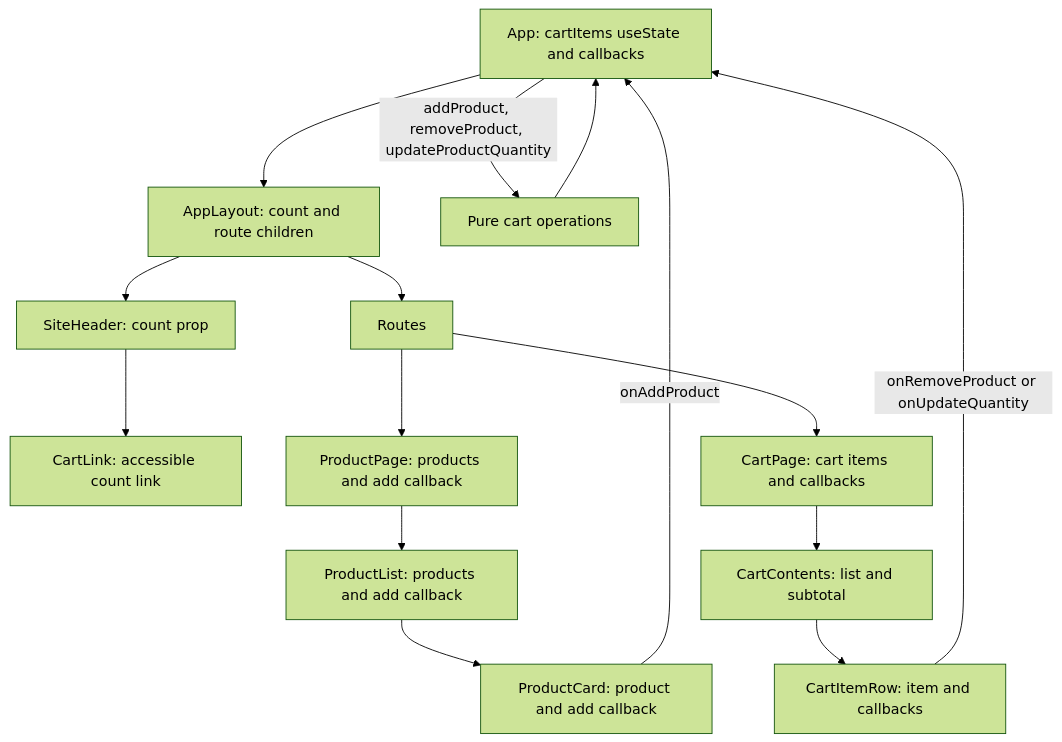
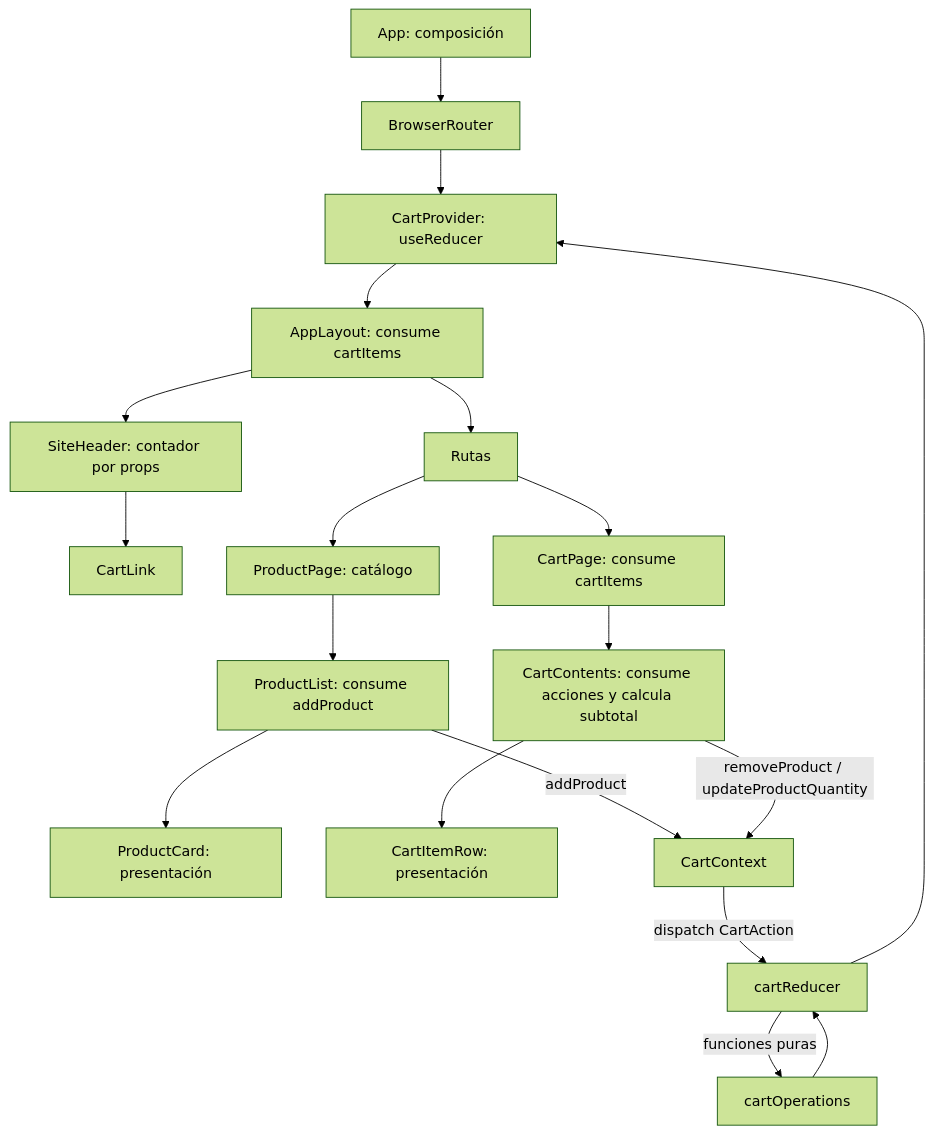
One commit to dSiles98/App-State-Management changed the diagram in state-management/docs/ARCHITECTURE.md. Above: the diagram before and after it, drawn with Mermaid (forest theme). The commit also changed other lines of this file and 14 other files, not shown here.

Commit message:
Stage(1): State management with Context API and useReducer

````diff
--- a/state-management/docs/ARCHITECTURE.md
+++ b/state-management/docs/ARCHITECTURE.md
@@ -43,17 +75,21 @@
 ```mermaid
 flowchart TD
-  App[App: cartItems useState and callbacks] --> Layout[AppLayout: count and route children]
-  Layout --> Header[SiteHeader: count prop]
-  Header --> CartLink[CartLink: accessible count link]
-  Layout --> Router[Routes]
-  Router --> ProductPage[ProductPage: products and add callback]
-  ProductPage --> ProductList[ProductList: products and add callback]
-  ProductList --> ProductCard[ProductCard: product and add callback]
-  Router --> CartPage[CartPage: cart items and callbacks]
-  CartPage --> Contents[CartContents: list and subtotal]
-  Contents --> Row[CartItemRow: item and callbacks]
-  ProductCard -->|onAddProduct| App
-  Row -->|onRemoveProduct or onUpdateQuantity| App
-  App -->|addProduct, removeProduct, updateProductQuantity| Domain[Pure cart operations]
-  Domain --> App
+  App[App: composición] --> Router[BrowserRouter]
+  Router --> Provider[CartProvider: useReducer]
+  Provider --> Layout[AppLayout: consume cartItems]
+  Layout --> Header[SiteHeader: contador por props]
+  Header --> CartLink[CartLink]
+  Layout --> Routes[Rutas]
+  Routes --> ProductPage[ProductPage: catálogo]
+  ProductPage --> ProductList[ProductList: consume addProduct]
+  ProductList --> ProductCard[ProductCard: presentación]
+  Routes --> CartPage[CartPage: consume cartItems]
+  CartPage --> Contents[CartContents: consume acciones y calcula subtotal]
+  Contents --> Row[CartItemRow: presentación]
+  ProductList -->|addProduct| Context[CartContext]
+  Contents -->|removeProduct / updateProductQuantity| Context
+  Context -->|dispatch CartAction| Reducer[cartReducer]
+  Reducer -->|funciones puras| Domain[cartOperations]
+  Domain --> Reducer
+  Reducer --> Provider
 ```
````
